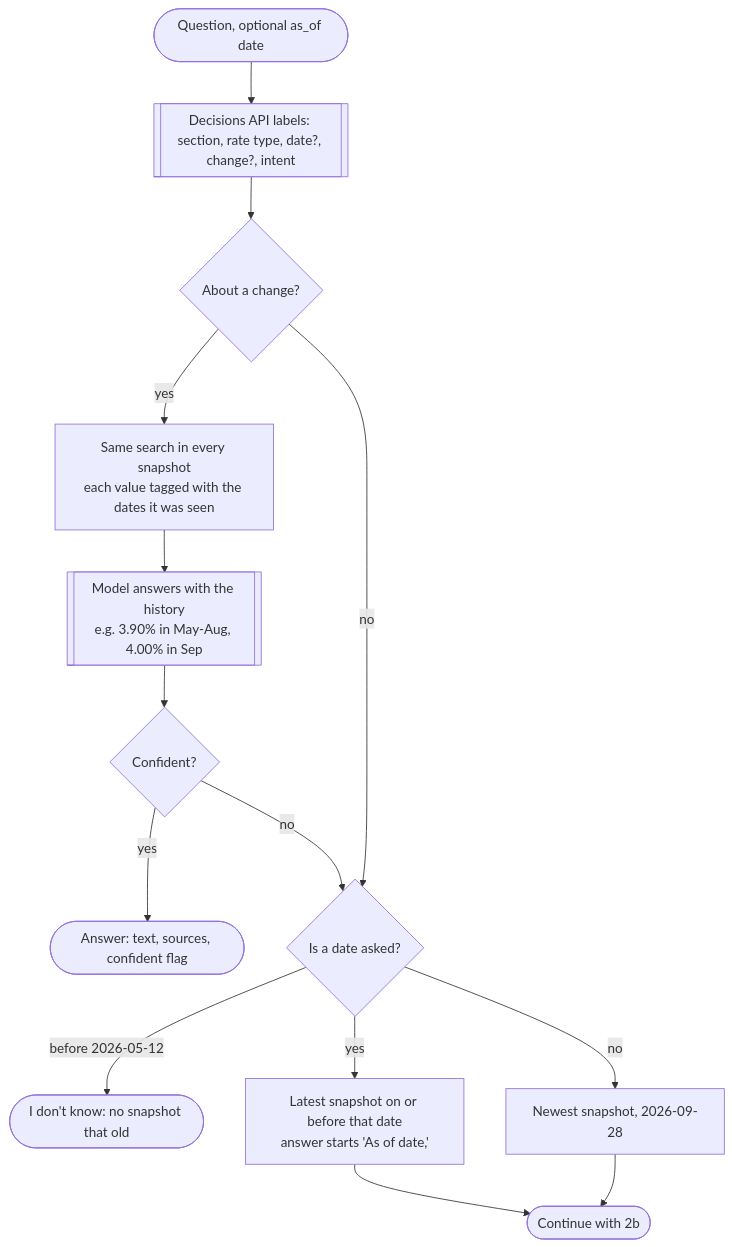
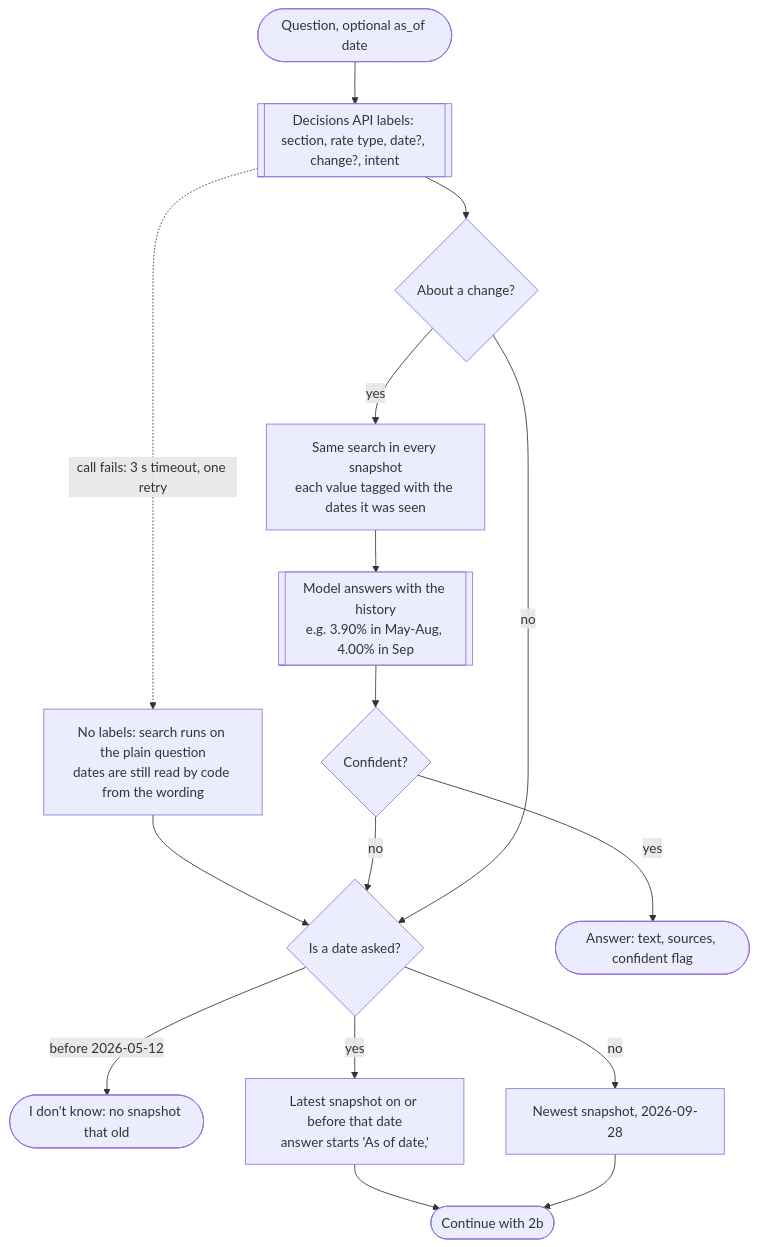
One commit to ajayp/interface-submission changed the second of 4 diagrams in workflow.md. Above: the diagram before and after it, drawn with Mermaid. The commit also changed other lines of this file and 1 other file, not shown here.

````diff
--- a/workflow.md
+++ b/workflow.md
@@ -49,16 +51,18 @@
 ```mermaid
 flowchart TD
     Q([Question, optional as_of date]) --> LAB[[Decisions API labels: section, rate type, date?, change?, intent]]
+    LAB -. call fails: 3 s timeout, one retry .-> NOLAB[No labels: search runs on the plain question<br/>dates are still read by code from the wording]
+    NOLAB --> DATE
     LAB --> CHG{About a change?}
     CHG -- yes --> HIST[Same search in every snapshot<br/>each value tagged with the dates it was seen]
     HIST --> HANS[[Model answers with the history<br/>e.g. 3.90% in May-Aug, 4.00% in Sep]]
     HANS --> HOK{Confident?}
     HOK -- yes --> OUT([Answer: text, sources, confident flag])
     HOK -- no --> DATE
     CHG -- no --> DATE{Is a date asked?}
     DATE -- before 2026-05-12 --> IDK1([I don't know: no snapshot that old])
     DATE -- yes --> PAST[Latest snapshot on or before that date<br/>answer starts 'As of date,']
     DATE -- no --> NEW[Newest snapshot, 2026-09-28]
     PAST --> NEXT([Continue with 2b])
     NEW --> NEXT
 ```
````
